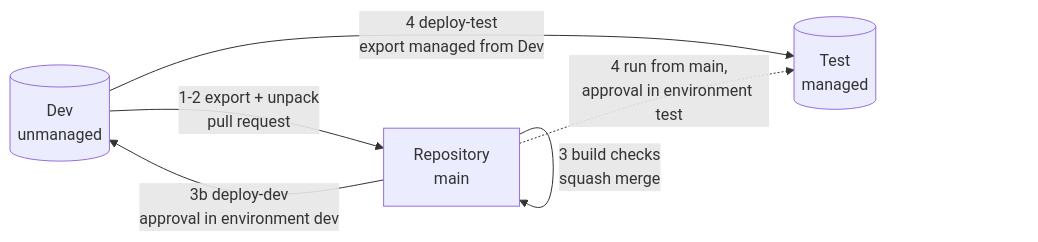
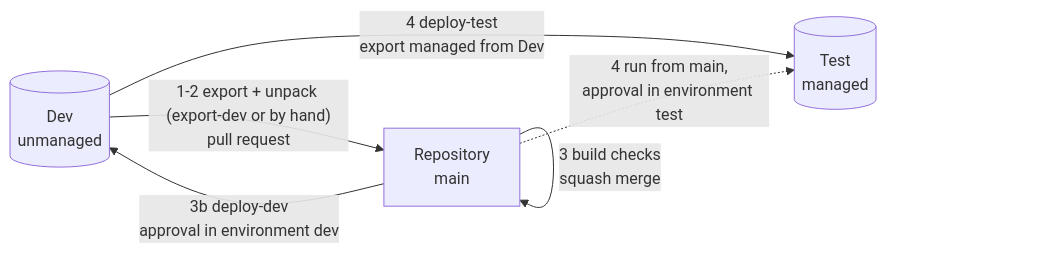
One commit to Power-Builders-Italia/ProjectIQ changed the third of 4 diagrams in docs/dev-environment.md. Above: the diagram before and after it, drawn with Mermaid. The commit also changed other lines of this file and 1 other file, not shown here.

First line of the commit message:
Add export-dev workflow: draft pull request from the changes in Dev (#105)

````diff
--- a/docs/dev-environment.md
+++ b/docs/dev-environment.md
@@ -200,8 +200,8 @@
 ```mermaid
 flowchart LR
-    D[("Dev<br/>unmanaged")] -->|"1-2 export + unpack<br/>pull request"| R["Repository<br/>main"]
+    D[("Dev<br/>unmanaged")] -->|"1-2 export + unpack (export-dev or by hand)<br/>pull request"| R["Repository<br/>main"]
     R -->|"3 build checks<br/>squash merge"| R
     D -->|"4 deploy-test<br/>export managed from Dev"| T[("Test<br/>managed")]
     R -. "4 run from main,<br/>approval in environment test" .-> T
     R -->|"3b deploy-dev<br/>approval in environment dev"| D
 ```
````
